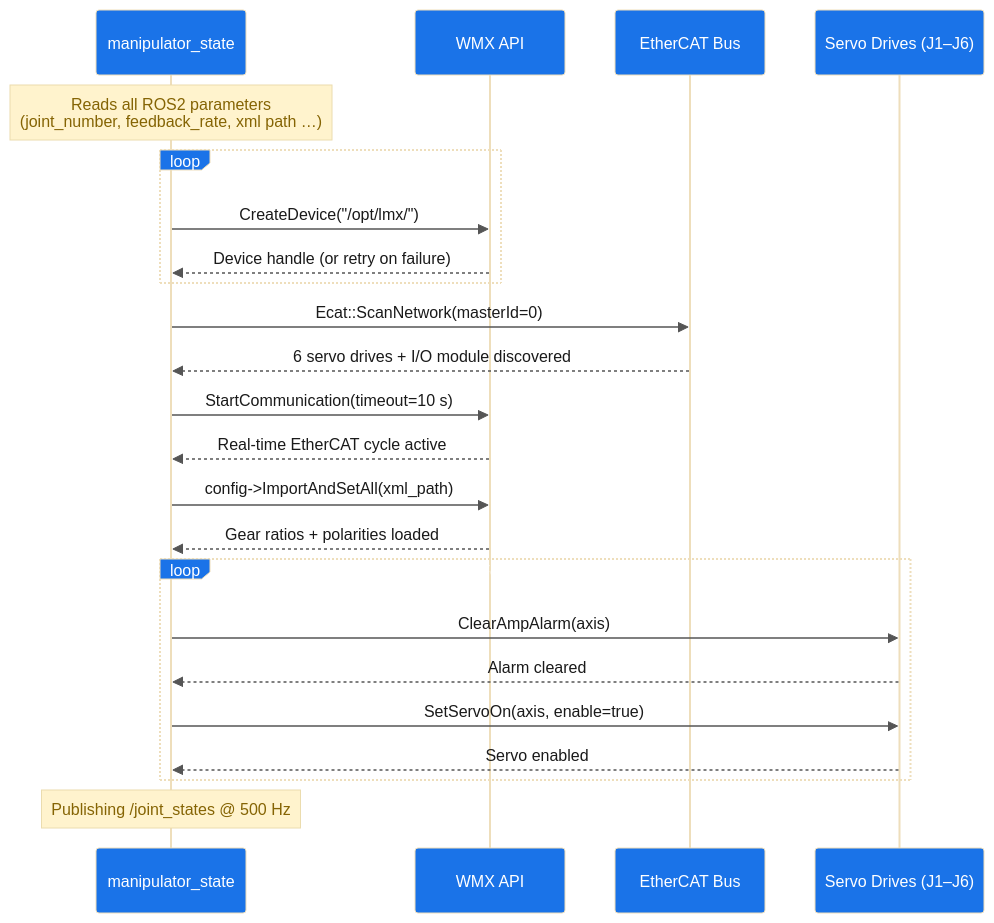
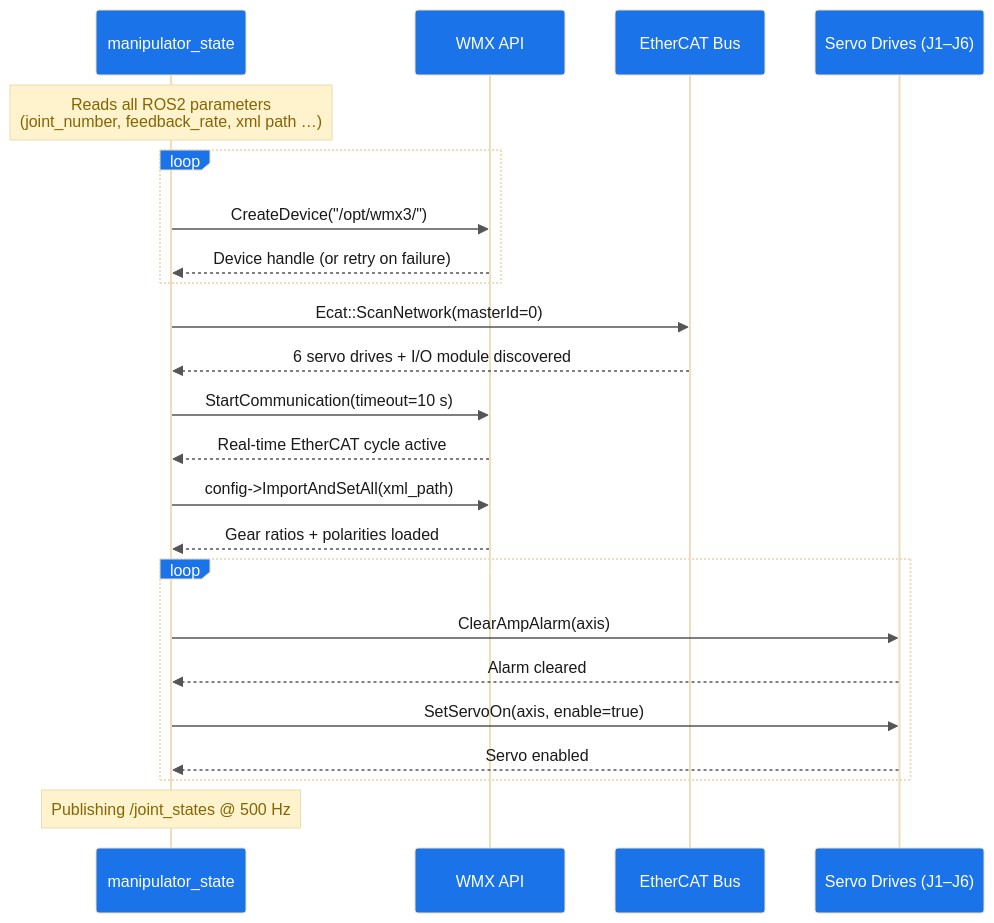
The diagram in doc/packages/wmx_ros2_package.rst (movensys/wmx_ros2_doc), drawn with Mermaid before and after one commit. The commit also changed other lines of this file and 12 other files, not shown here.

```diff
--- a/doc/packages/wmx_ros2_package.rst
+++ b/doc/packages/wmx_ros2_package.rst
@@ -267,35 +267,35 @@
 .. mermaid::
    :caption: manipulator_state — startup sequence diagram
    :zoom:
 
    %%{init: {"theme": "base", "themeVariables": {"actorBkg": "#1a73e8", "actorTextColor": "#fff", "actorBorderColor": "#1558b0", "signalColor": "#555", "signalTextColor": "#1a1a1a", "noteBkgColor": "#fff3cd", "noteTextColor": "#856404"}}}%%
    sequenceDiagram
        participant N as manipulator_state
        participant W as WMX API
        participant E as EtherCAT Bus
        participant S as Servo Drives (J1–J6)
 
        Note over N: Reads all ROS2 parameters<br/>(joint_number, feedback_rate, xml path …)
 
        loop Retry up to 5×, 2 s interval
-           N->>W: CreateDevice("/opt/lmx/")
+           N->>W: CreateDevice("/opt/wmx3/")
            W-->>N: Device handle (or retry on failure)
        end
 
        N->>E: Ecat::ScanNetwork(masterId=0)
        E-->>N: 6 servo drives + I/O module discovered
 
        N->>W: StartCommunication(timeout=10 s)
        W-->>N: Real-time EtherCAT cycle active
 
        N->>W: config->ImportAndSetAll(xml_path)
        W-->>N: Gear ratios + polarities loaded
 
        loop For each joint  J1 → J6
            N->>S: ClearAmpAlarm(axis)
            S-->>N: Alarm cleared
            N->>S: SetServoOn(axis, enable=true)
            S-->>N: Servo enabled
        end
 
        Note over N: Publishing /joint_states @ 500 Hz
```
